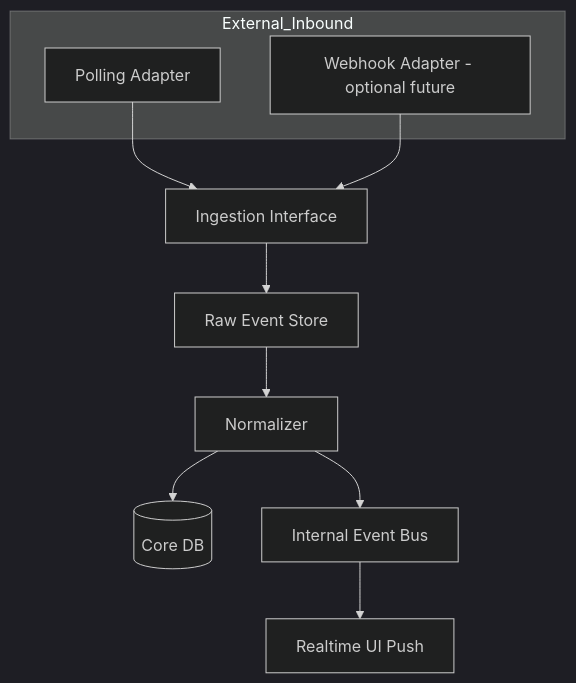
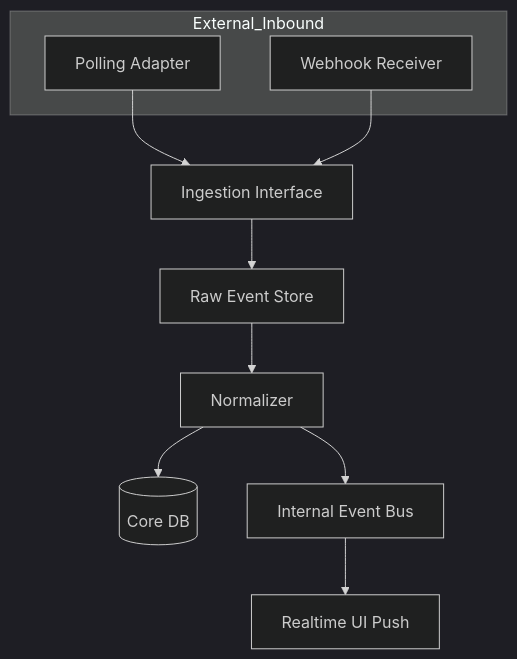
One commit to erichshan/golf-genius changed the second of 3 diagrams in docs/design/sync-strategy.md. Above: the diagram before and after it, drawn with Mermaid (dark theme). The commit also changed other lines of this file and 9 other files, not shown here.

````diff
--- a/docs/design/sync-strategy.md
+++ b/docs/design/sync-strategy.md
@@ -73,15 +126,15 @@
 ```mermaid
 flowchart TD
     subgraph External_Inbound
         P[Polling Adapter]
-        W[Webhook Adapter - optional future]
+        W[Webhook Receiver]
     end
 
     P --> INGEST[Ingestion Interface]
     W --> INGEST
     INGEST --> RAW[Raw Event Store]
     RAW --> MAP[Normalizer]
     MAP --> DB[(Core DB)]
     MAP --> PUB[Internal Event Bus]
     PUB --> UI[Realtime UI Push]
 ```
````
